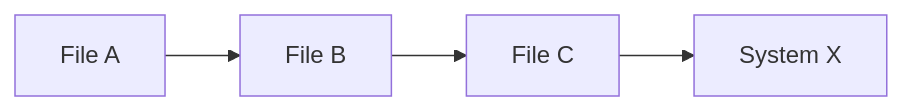
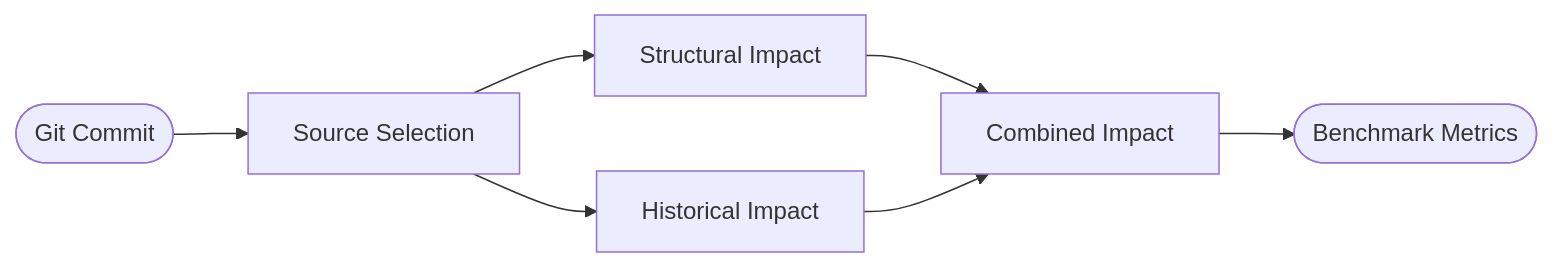
The diagram in README.md (Jeetchavan02/WHATIF), drawn with Mermaid before and after one commit. The commit also changed other lines of this file, not shown here.

````diff
--- a/README.md
+++ b/README.md
@@ -25,6 +239,8 @@
 ```mermaid
 flowchart LR
-    A[File A] --> B[File B]
-    B --> C[File C]
-    C --> D[System X]
+    A([Git Commit]) --> B[Source Selection]
+    B --> C[Structural Impact]
+    B --> D[Historical Impact]
+    C & D --> E[Combined Impact]
+    E --> F([Benchmark Metrics])
 ```
````
